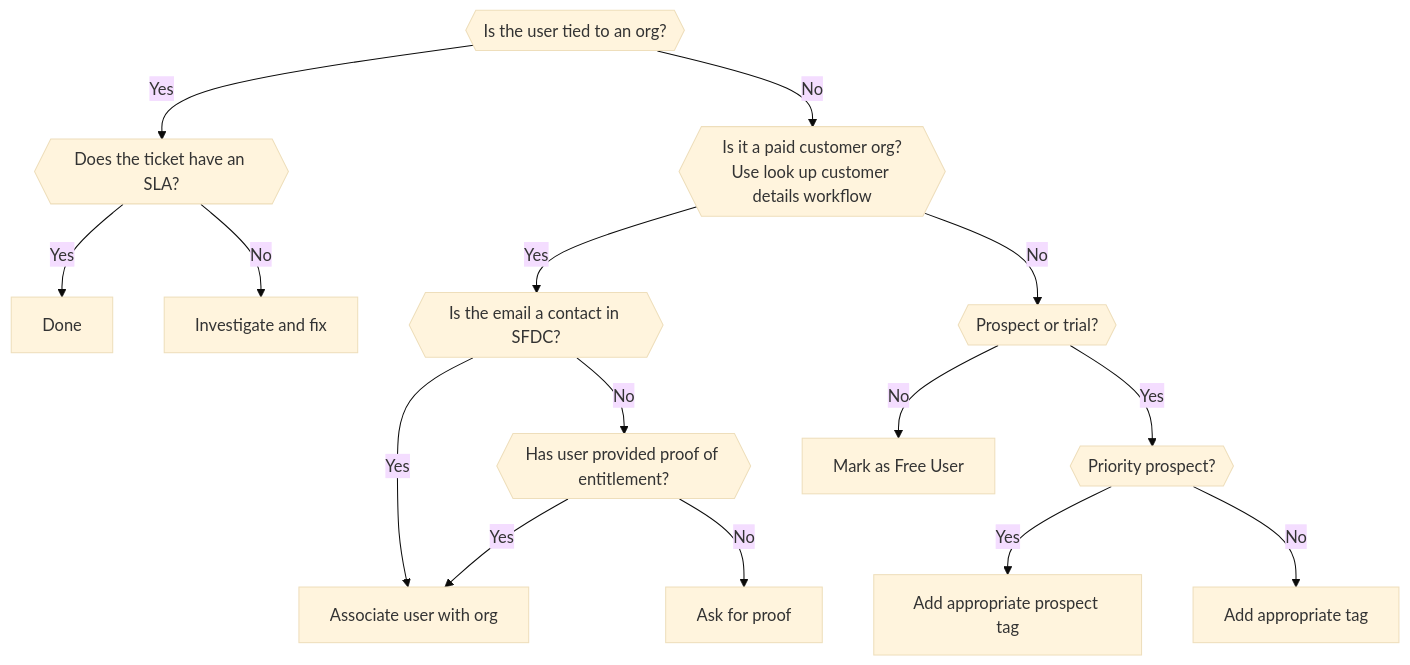
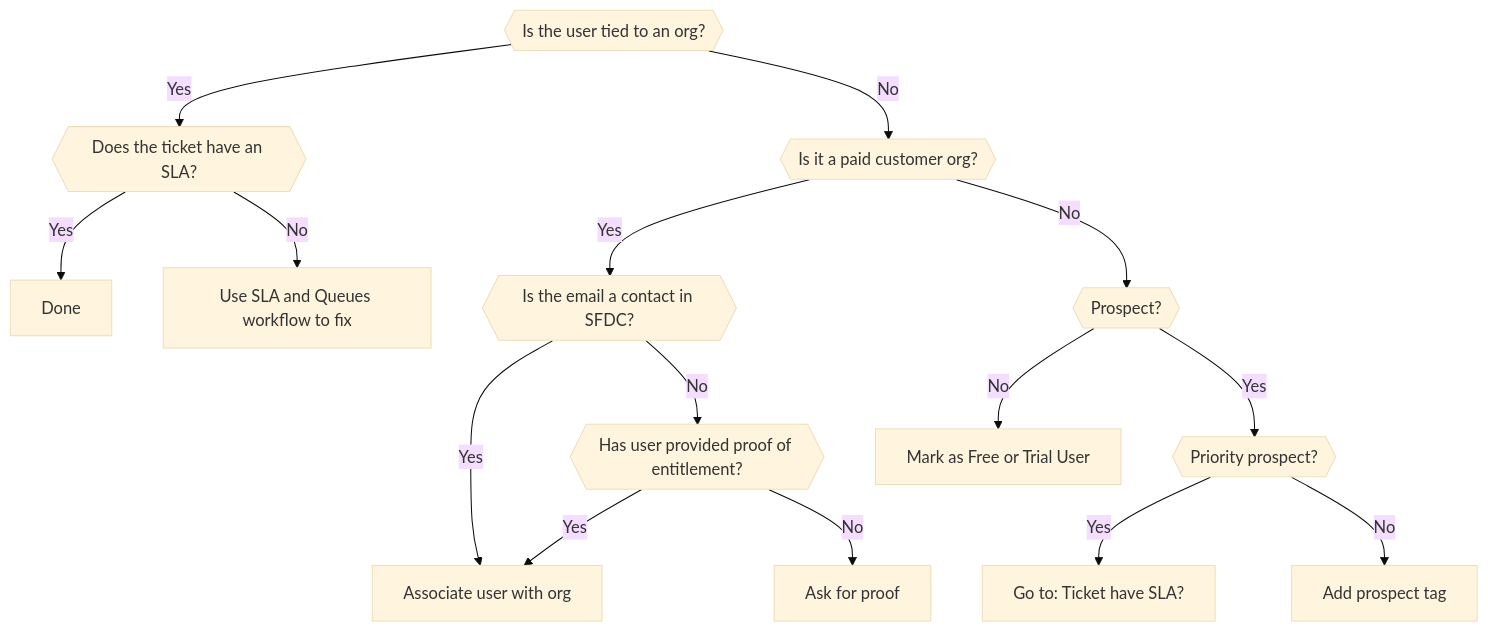
Before and after one commit to secretstartups/handbook: the diagram in support/workflows/associating_needs_org_tickets_with_orgs.html.md, drawn with Mermaid (base theme). The commit also changed other lines of this file and 4 other files, not shown here.

````diff
--- a/support/workflows/associating_needs_org_tickets_with_orgs.html.md
+++ b/support/workflows/associating_needs_org_tickets_with_orgs.html.md
@@ -42,18 +44,18 @@
 ```mermaid
 graph TD
     A{{Is the user tied to an org?}}
     A -->|Yes| B{{Does the ticket have an SLA?}}
     B -->|Yes| E[Done]
-    B -->|No| F[Investigate and fix]
-    A -->|No| C{{Is it a paid customer org?<br>Use look up customer details workflow }}
+    B -->|No| F[Use SLA and Queues workflow to fix]
+    A -->|No| C{{Is it a paid customer org?}}
     C -->|Yes| G{{Is the email a contact in SFDC?}}
     G --> |Yes| I[Associate user with org]
     G --> |No| J{{Has user provided proof of entitlement?}}
     J --> |Yes| I
     J --> |No| K[Ask for proof]
-    C --> |No| L{{Prospect or trial?}}
+    C --> |No| L{{Prospect?}}
     L --> |Yes| N{{Priority prospect?}}
-    N --> |Yes| O[Add appropriate prospect tag]
-    N --> |No| P[Add appropriate tag]
-    L --> |No| M[Mark as Free User]
+    N --> |Yes| O[Go to: Ticket have SLA?]
+    N --> |No| P[Add prospect tag]
+    L --> |No| M[Mark as Free or Trial User]
 ```
````
